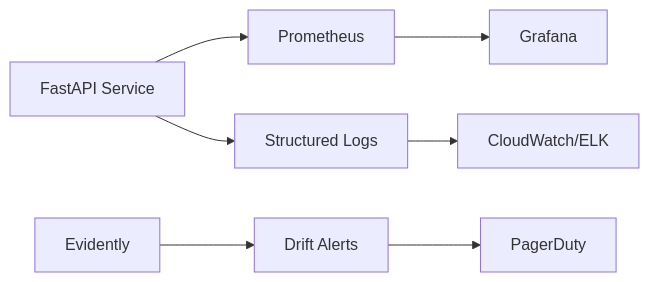
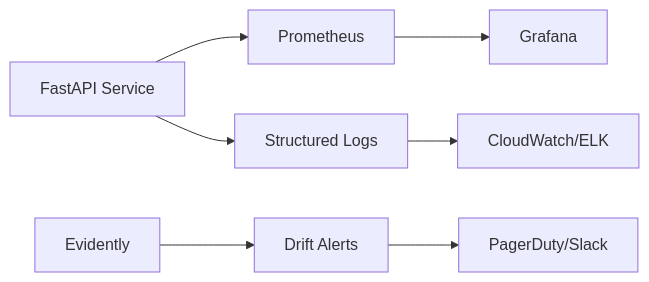
One commit to DuqueOM/ML-MLOps-Portfolio changed the second of 2 diagrams in BankChurn-Predictor/README.md. Above: the diagram before and after it, drawn with Mermaid. The commit also changed other lines of this file and 3 other files, not shown here.

````diff
--- a/BankChurn-Predictor/README.md
+++ b/BankChurn-Predictor/README.md
@@ -681,9 +805,9 @@
 ```mermaid
 graph LR
     A[FastAPI Service] --> B[Prometheus]
     B --> C[Grafana]
     A --> D[Structured Logs]
     D --> E[CloudWatch/ELK]
     F[Evidently] --> G[Drift Alerts]
-    G --> H[PagerDuty]
+    G --> H[PagerDuty/Slack]
 ```
````
